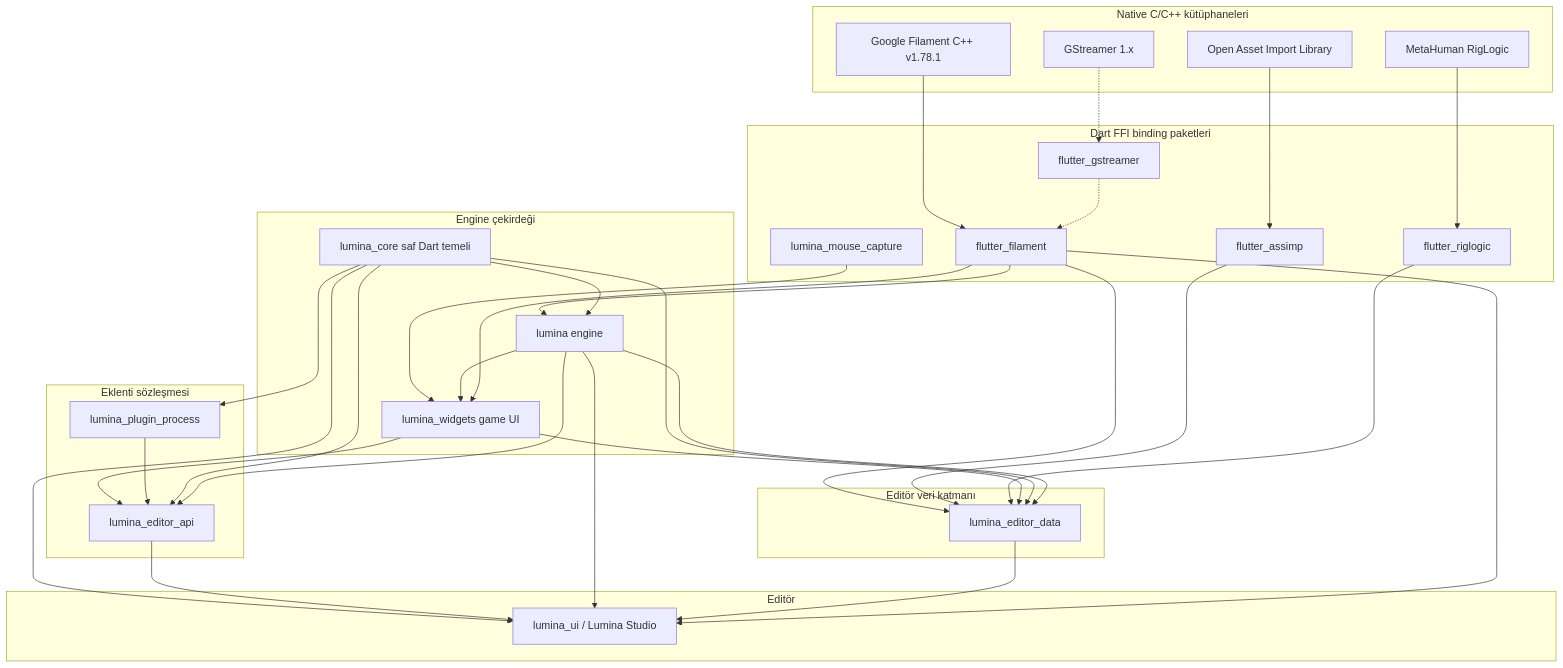
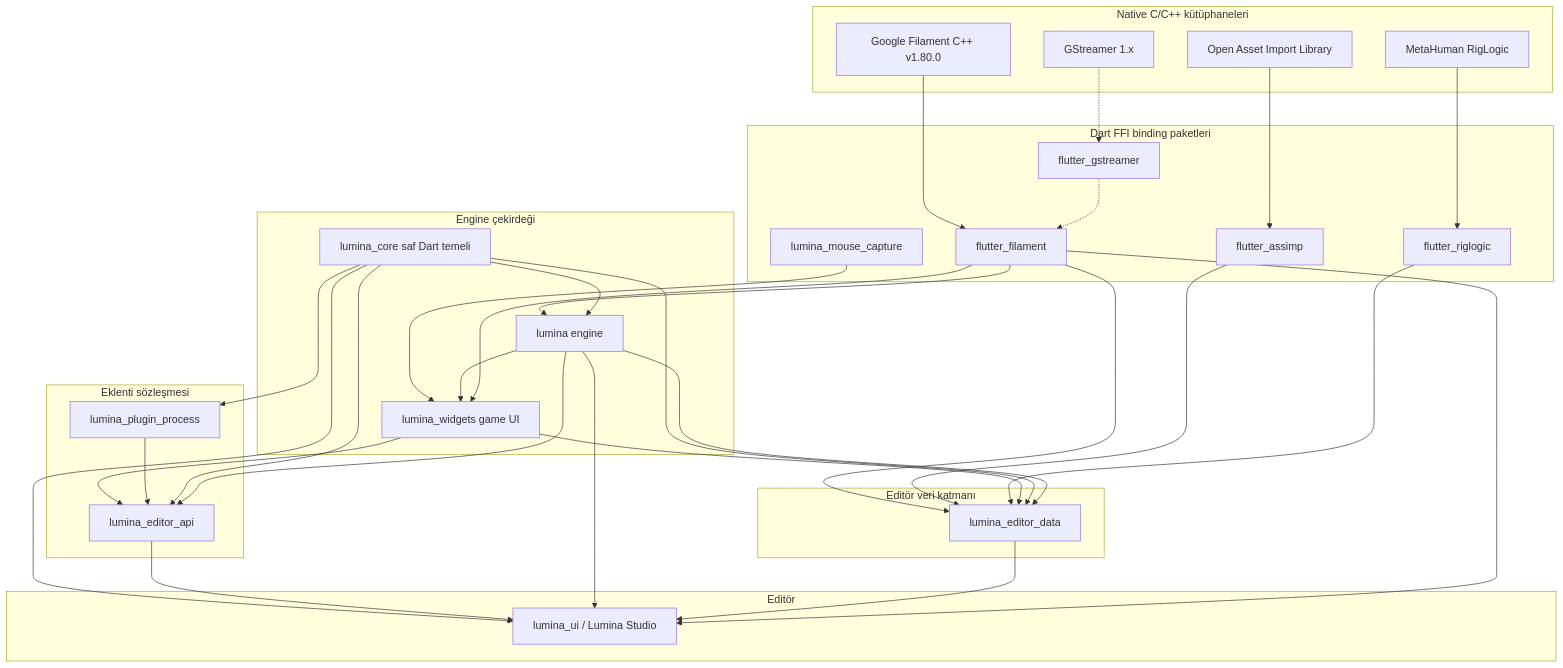
The diagram in docs/tr/overview/layers.md (LuminaGame/lumina), drawn with Mermaid before and after one commit. The commit also changed other lines of this file and 94 other files, not shown here.

````diff
--- a/docs/tr/overview/layers.md
+++ b/docs/tr/overview/layers.md
@@ -11,66 +11,66 @@
 ```mermaid
 graph TD
     subgraph C_Level [Native C/C++ kütüphaneleri]
-        FilamentCPP[Google Filament C++ v1.78.1]
+        FilamentCPP[Google Filament C++ v1.80.0]
         AssimpCPP[Open Asset Import Library]
         RigLogicCPP[MetaHuman RigLogic]
         GStreamerC[GStreamer 1.x]
     end
 
     subgraph FFI_Level [Dart FFI binding paketleri]
         FlutterFilament[flutter_filament]
         FlutterAssimp[flutter_assimp]
         FlutterRiglogic[flutter_riglogic]
         FlutterGStreamer[flutter_gstreamer]
         MouseCapture[lumina_mouse_capture]
     end
 
     subgraph Core_Level [Engine çekirdeği]
         PureCore[lumina_core saf Dart temeli]
         LuminaCore[lumina engine]
         LuminaWidgets[lumina_widgets game UI]
     end
 
     subgraph Data_Level [Editör veri katmanı]
         LuminaData[lumina_editor_data]
     end
 
     subgraph Plugin_Level [Eklenti sözleşmesi]
         PluginProcess[lumina_plugin_process]
         EditorAPI[lumina_editor_api]
     end
 
     subgraph Studio_Level [Editör]
         LuminaUI[lumina_ui / Lumina Studio]
     end
 
     FilamentCPP --> FlutterFilament
     AssimpCPP --> FlutterAssimp
     RigLogicCPP --> FlutterRiglogic
     GStreamerC -.-> FlutterGStreamer
 
     FlutterFilament --> LuminaCore
     FlutterFilament --> LuminaData
     FlutterAssimp --> LuminaData
     FlutterRiglogic --> LuminaData
     MouseCapture --> LuminaWidgets
     LuminaCore --> LuminaWidgets
     FlutterFilament --> LuminaWidgets
     LuminaWidgets --> LuminaData
     LuminaWidgets --> EditorAPI
     FlutterGStreamer -.-> FlutterFilament
 
     PureCore --> LuminaCore
     PureCore --> LuminaData
     PureCore --> PluginProcess
     PluginProcess --> EditorAPI
     PureCore --> EditorAPI
     PureCore --> LuminaUI
     LuminaCore --> LuminaData
     LuminaCore --> EditorAPI
 
     EditorAPI --> LuminaUI
     LuminaCore --> LuminaUI
     LuminaData --> LuminaUI
     FlutterFilament --> LuminaUI
 ```
````
